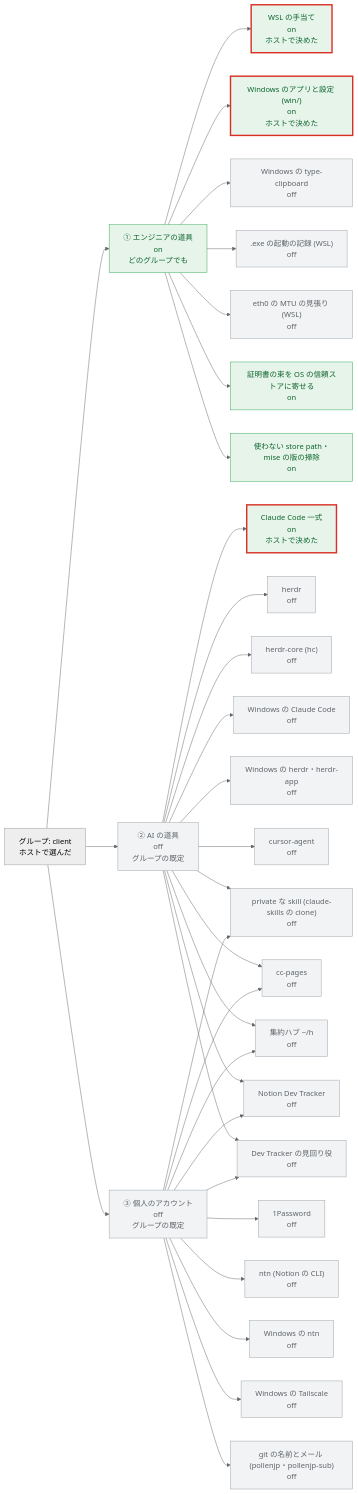
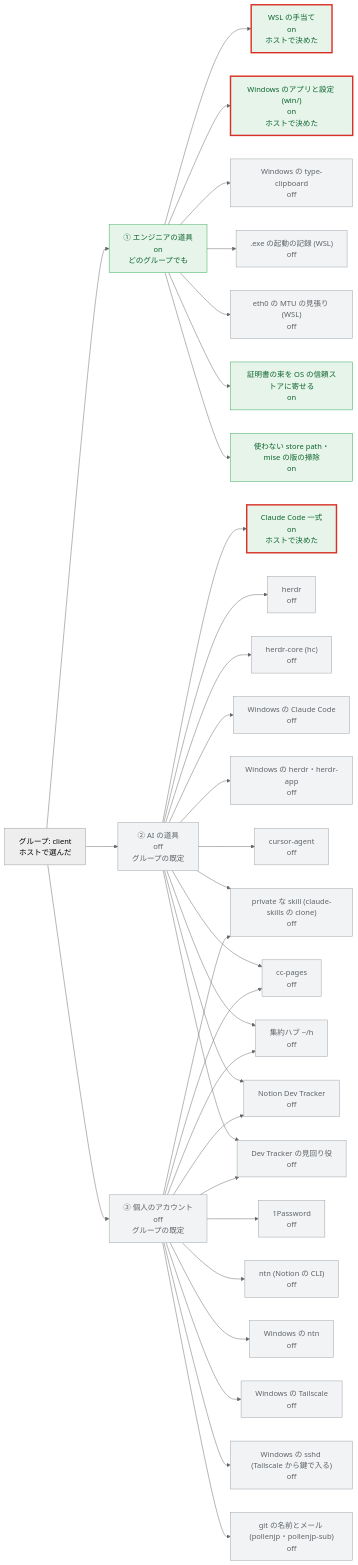
One commit to pollenjp/dotfiles changed the fourth of 4 diagrams in nix/groups.md. Above: the diagram before and after it, drawn with Mermaid (neutral theme). The commit also changed other lines of this file and 8 other files, not shown here.

First line of the commit message:
feat(nix,win): Windows に sshd を入れるかの switch (wsl.windowsFiles.sshd.enable) と、入れる鍵の option を足す

````diff
--- a/nix/groups.md
+++ b/nix/groups.md
@@ -376,70 +386,72 @@
 ```mermaid
 flowchart LR
   g["グループ: client<br/>ホストで選んだ"]
   t1["① エンジニアの道具<br/>on<br/>どのグループでも"]
   t2["② AI の道具<br/>off<br/>グループの既定"]
   t3["③ 個人のアカウント<br/>off<br/>グループの既定"]
   g --> t1
   g --> t2
   g --> t3
   wsl["WSL の手当て<br/>on<br/>ホストで決めた"]
   windowsFiles["Windows のアプリと設定 (win/)<br/>on<br/>ホストで決めた"]
   windowsTypeClipboard["Windows の type-clipboard<br/>off"]
   exeExecTrace[".exe の起動の記録 (WSL)<br/>off"]
   mtuGuard["eth0 の MTU の見張り (WSL)<br/>off"]
   osCaBundle["証明書の束を OS の信頼ストアに寄せる<br/>on"]
   cleanup["使わない store path・mise の版の掃除<br/>on"]
   claude["Claude Code 一式<br/>on<br/>ホストで決めた"]
   herdr["herdr<br/>off"]
   herdrCore["herdr-core (hc)<br/>off"]
   windowsClaudeCode["Windows の Claude Code<br/>off"]
   windowsHerdr["Windows の herdr・herdr-app<br/>off"]
   cursorAgent["cursor-agent<br/>off"]
   claudePrivateSkills["private な skill (claude-skills の clone)<br/>off"]
   ccPages["cc-pages<br/>off"]
   herdrHub["集約ハブ ~/h<br/>off"]
   devTracker["Notion Dev Tracker<br/>off"]
   devTrackerInbox["Dev Tracker の見回り役<br/>off"]
   onePassword["1Password<br/>off"]
   ntn["ntn (Notion の CLI)<br/>off"]
   windowsNtn["Windows の ntn<br/>off"]
   windowsTailscale["Windows の Tailscale<br/>off"]
+  windowsSshd["Windows の sshd (Tailscale から鍵で入る)<br/>off"]
   gitIdentity["git の名前とメール (pollenjp・pollenjp-sub)<br/>off"]
   t1 --> wsl
   t1 --> windowsFiles
   t1 --> windowsTypeClipboard
   t1 --> exeExecTrace
   t1 --> mtuGuard
   t1 --> osCaBundle
   t1 --> cleanup
   t2 --> claude
   t2 --> herdr
   t2 --> herdrCore
   t2 --> windowsClaudeCode
   t2 --> windowsHerdr
   t2 --> cursorAgent
   t2 --> claudePrivateSkills
   t3 --> claudePrivateSkills
   t2 --> ccPages
   t3 --> ccPages
   t2 --> herdrHub
   t3 --> herdrHub
   t2 --> devTracker
   t3 --> devTracker
   t2 --> devTrackerInbox
   t3 --> devTrackerInbox
   t3 --> onePassword
   t3 --> ntn
   t3 --> windowsNtn
   t3 --> windowsTailscale
+  t3 --> windowsSshd
   t3 --> gitIdentity
   classDef on fill:#e6f4ea,stroke:#34a853,color:#0d652d
   classDef off fill:#f1f3f4,stroke:#9aa0a6,color:#5f6368
   classDef na fill:#ffffff,stroke:#bdc1c6,color:#9aa0a6,stroke-dasharray:4 3
   classDef onHost fill:#e6f4ea,stroke:#d93025,stroke-width:3px,color:#0d652d
   classDef offHost fill:#f1f3f4,stroke:#d93025,stroke-width:3px,color:#5f6368
   classDef naHost fill:#ffffff,stroke:#d93025,stroke-width:3px,color:#9aa0a6,stroke-dasharray:4 3
   class t1,osCaBundle,cleanup on
-  class t2,t3,windowsTypeClipboard,exeExecTrace,mtuGuard,herdr,herdrCore,windowsClaudeCode,windowsHerdr,cursorAgent,claudePrivateSkills,ccPages,herdrHub,devTracker,devTrackerInbox,onePassword,ntn,windowsNtn,windowsTailscale,gitIdentity off
+  class t2,t3,windowsTypeClipboard,exeExecTrace,mtuGuard,herdr,herdrCore,windowsClaudeCode,windowsHerdr,cursorAgent,claudePrivateSkills,ccPages,herdrHub,devTracker,devTrackerInbox,onePassword,ntn,windowsNtn,windowsTailscale,windowsSshd,gitIdentity off
   class wsl,windowsFiles,claude onHost
 ```
````
